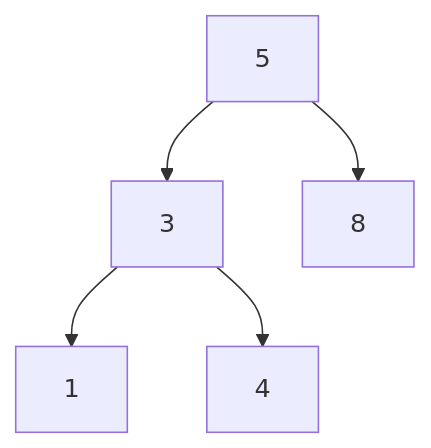
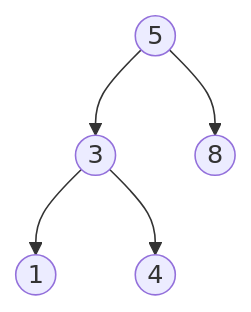
Before and after one commit to 3strategy/BeautifulMivney: the third of 28 diagrams in cst/6binnode/Ex6a1binnode.md, drawn with Mermaid. The commit also changed other lines of this file and 3 other files, not shown here.

````diff
--- a/cst/6binnode/Ex6a1binnode.md
+++ b/cst/6binnode/Ex6a1binnode.md
@@ -77,7 +77,7 @@
     ```mermaid
     flowchart TB
-      A[5] --> B[3]
-      A --> C[8]:::leaf
-      B --> D[1]:::leaf
-      B --> E[4]:::leaf
+      A((5)) --> B((3))
+      A --> C((8)):::leaf
+      B --> D((1)):::leaf
+      B --> E((4)):::leaf
     ```
````
